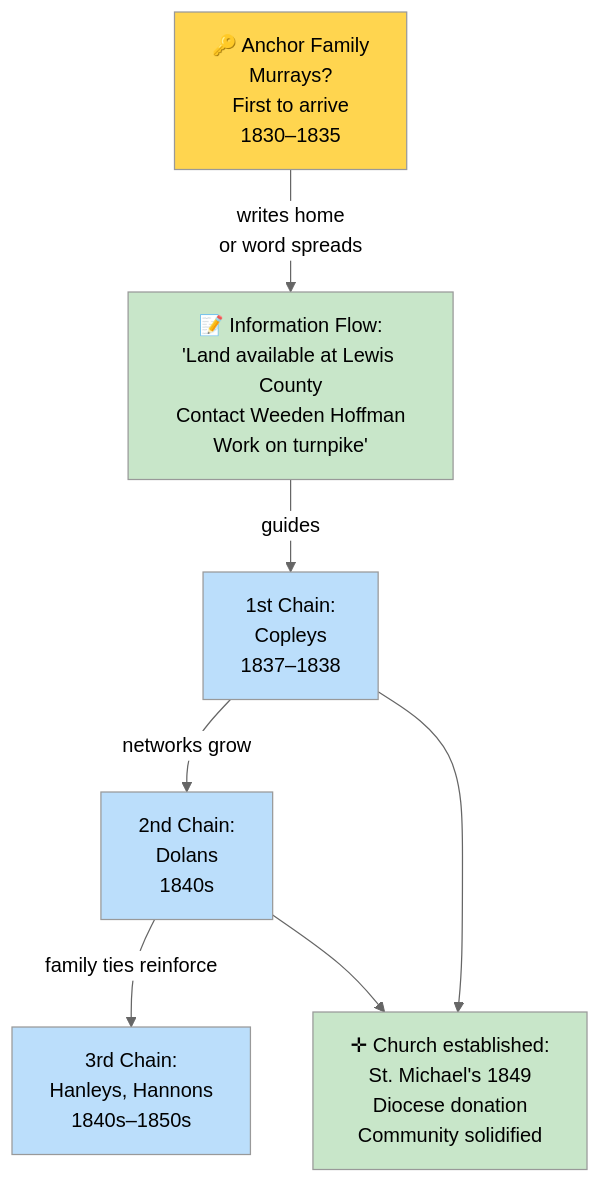
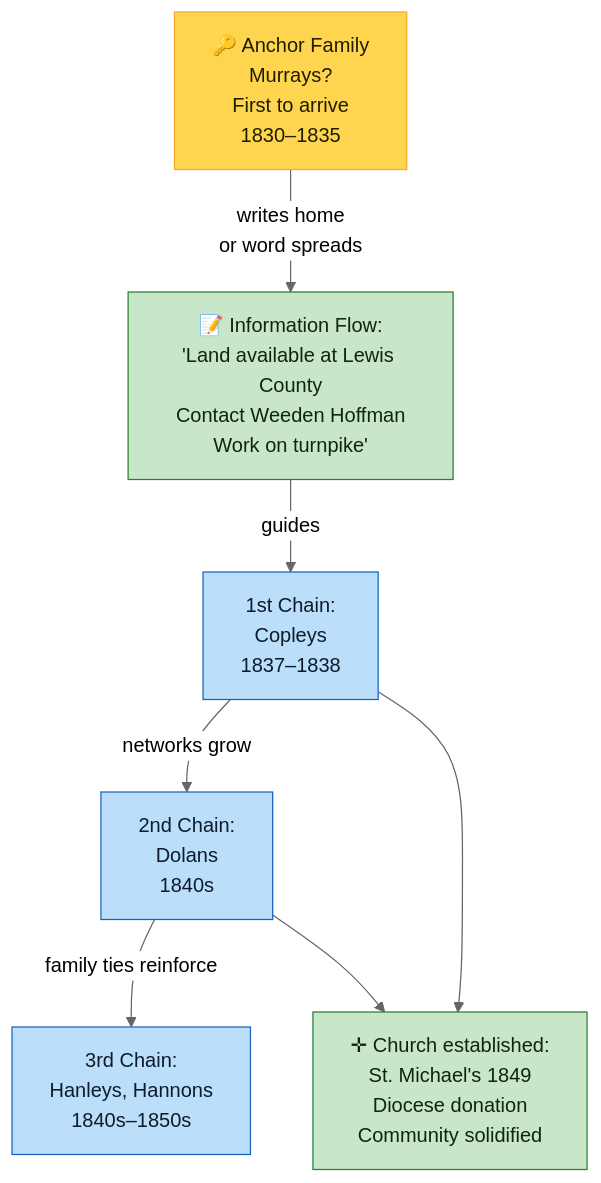
Before and after one commit to zcopley/copley-family-research: the fifth of 7 diagrams in Topics/Murray Settlement Research Roadmap.md, drawn with Mermaid (neutral theme). The commit also changed other lines of this file and 14 other files, not shown here.

Commit message:
Enforce Mermaid diagram contrast

````diff
--- a/Topics/Murray Settlement Research Roadmap.md
+++ b/Topics/Murray Settlement Research Roadmap.md
@@ -277,22 +277,22 @@
 ```mermaid
 flowchart TD
     ANCHOR["🔑 Anchor Family<br/>Murrays?<br/>First to arrive<br/>1830–1835"]
     
     ANCHOR -->|writes home<br/>or word spreads| LETTER["📝 Information Flow:<br/>'Land available at Lewis County<br/>Contact Weeden Hoffman<br/>Work on turnpike'"]
     
     LETTER -->|guides| WAVE1["1st Chain:<br/>Copleys<br/>1837–1838"]
     
     WAVE1 -->|networks grow| WAVE2["2nd Chain:<br/>Dolans<br/>1840s"]
     
     WAVE2 -->|family ties reinforce| WAVE3["3rd Chain:<br/>Hanleys, Hannons<br/>1840s–1850s"]
     
     WAVE1 --> CHURCH["✛ Church established:<br/>St. Michael's 1849<br/>Diocese donation<br/>Community solidified"]
     WAVE2 --> CHURCH
     
-    style ANCHOR fill:#ffd54f
-    style LETTER fill:#c8e6c9
-    style WAVE1 fill:#bbdefb
-    style WAVE2 fill:#bbdefb
-    style WAVE3 fill:#bbdefb
-    style CHURCH fill:#c8e6c9
+    style ANCHOR fill:#ffd54f,stroke:#f9a825,color:#1f1d00
+    style LETTER fill:#c8e6c9,stroke:#2e7d32,color:#102411
+    style WAVE1 fill:#bbdefb,stroke:#1565c0,color:#0d1b2a
+    style WAVE2 fill:#bbdefb,stroke:#1565c0,color:#0d1b2a
+    style WAVE3 fill:#bbdefb,stroke:#1565c0,color:#0d1b2a
+    style CHURCH fill:#c8e6c9,stroke:#2e7d32,color:#102411
 ```
````
